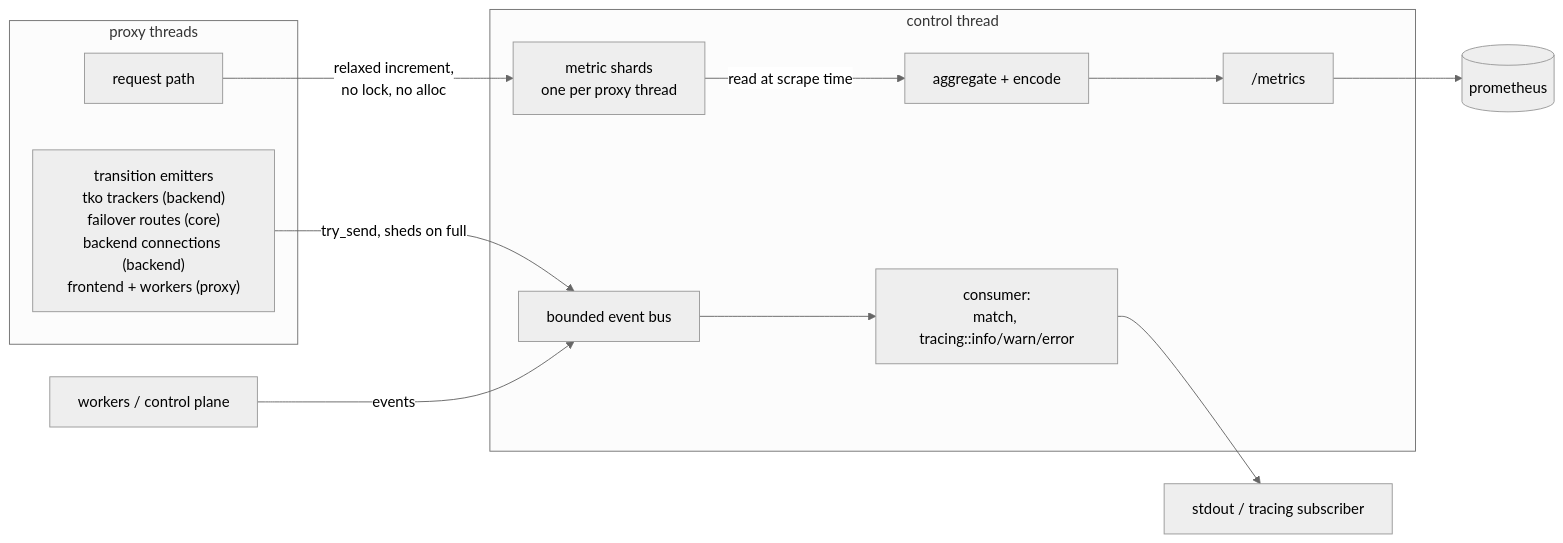
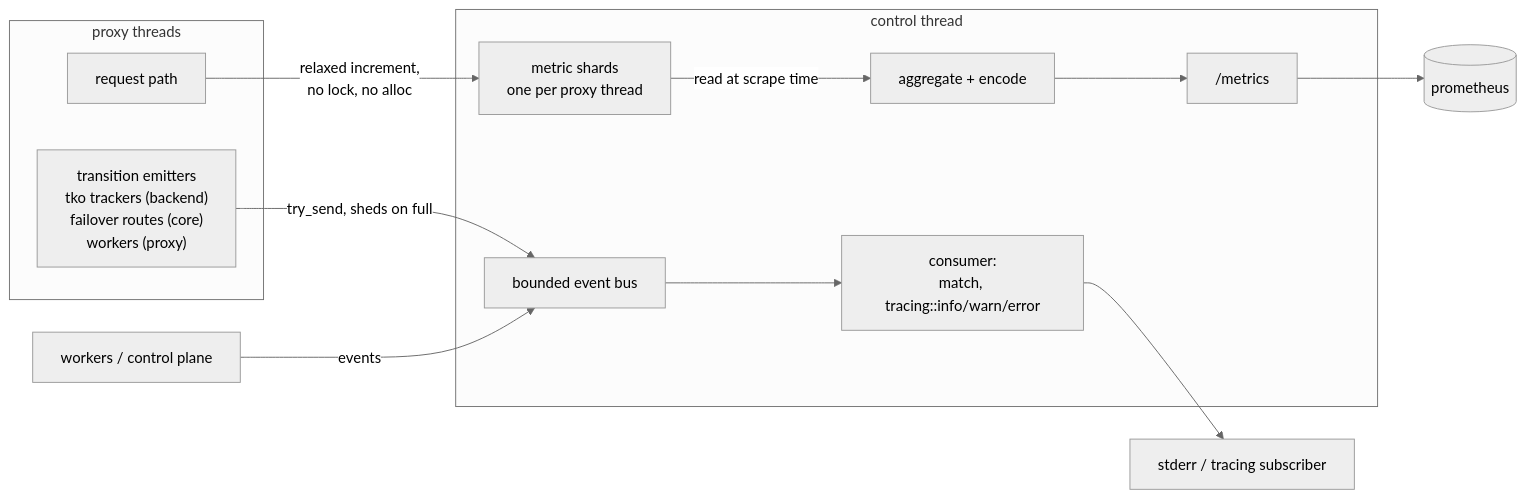
One commit to raydatray/rusty-mcrouter changed the first of 3 diagrams in docs/design/0001-observability.md. Above: the diagram before and after it, drawn with Mermaid (neutral theme). The commit also changed other lines of this file and 1 other file, not shown here.

Commit message:
[11/11][docs] document route graph observability slice

````diff
--- a/docs/design/0001-observability.md
+++ b/docs/design/0001-observability.md
@@ -44,17 +113,17 @@
 ```mermaid
 flowchart LR
     subgraph proxy threads
         RQ[request path]
-        EM["transition emitters<br/>tko trackers (backend)<br/>failover routes (core)<br/>backend connections (backend)<br/>frontend + workers (proxy)"]
+        EM["transition emitters<br/>tko trackers (backend)<br/>failover routes (core)<br/>workers (proxy)"]
     end
     W[workers / control plane] -- events --> BUS
     RQ -- "relaxed increment,<br/>no lock, no alloc" --> SH[metric shards<br/>one per proxy thread]
     EM -- "try_send, sheds on full" --> BUS[bounded event bus]
     subgraph control thread
         BUS --> CONS[consumer:<br/>match, tracing::info/warn/error]
         SH -- "read at scrape time" --> AGG[aggregate + encode]
         AGG --> HTTP["/metrics"]
     end
     HTTP --> PROM[(prometheus)]
-    CONS --> LOG[stdout / tracing subscriber]
+    CONS --> LOG[stderr / tracing subscriber]
 ```
````
